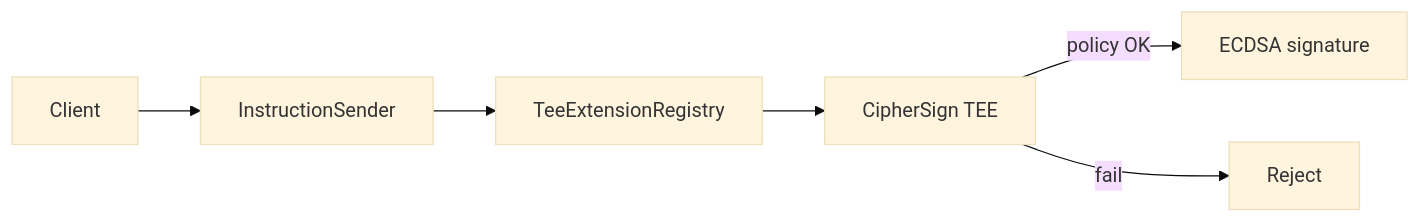
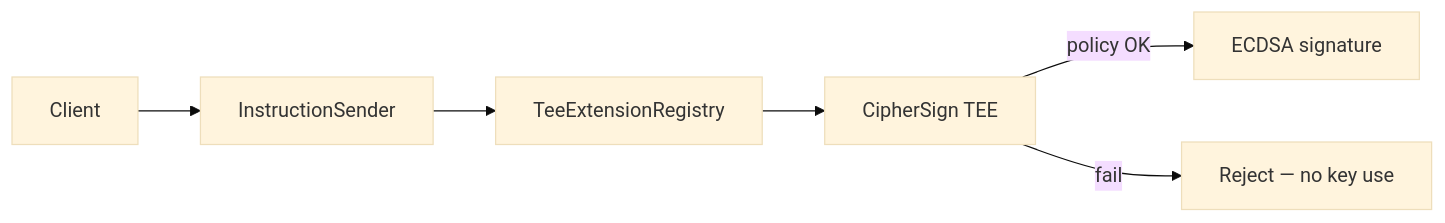
The first of 2 diagrams in README.md (thesithunyein/cipher-sign), drawn with Mermaid (base theme) before and after one commit. The commit also changed other lines of this file and 3 other files, not shown here.

````diff
--- a/README.md
+++ b/README.md
@@ -50,8 +99,8 @@
 ```mermaid
 flowchart LR
   A[Client] --> B[InstructionSender]
   B --> C[TeeExtensionRegistry]
   C --> D[CipherSign TEE]
   D -->|policy OK| E[ECDSA signature]
-  D -->|fail| F[Reject]
+  D -->|fail| F[Reject — no key use]
 ```
````
